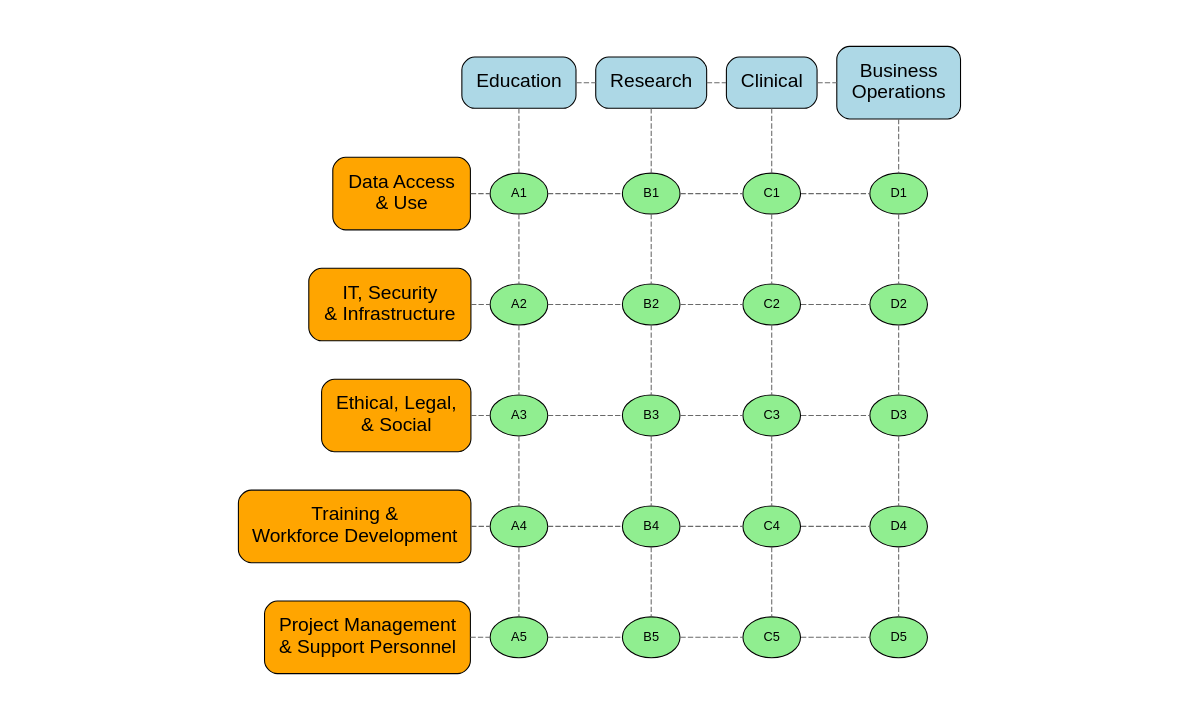
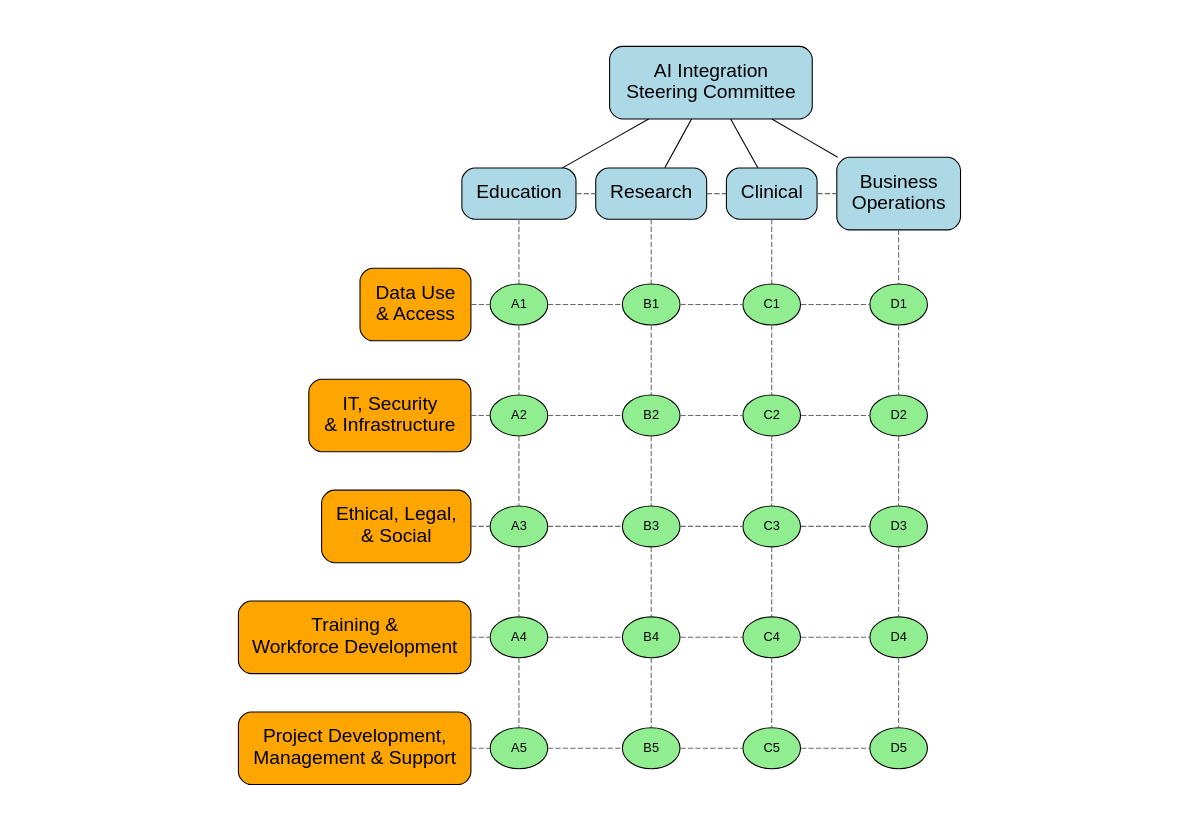
The diagram in framework.qmd (seandavi/campus-llm-kb), drawn with Graphviz before and after one commit. The commit also changed other lines of this file and 8 other files, not shown here.

````diff
--- a/framework.qmd
+++ b/framework.qmd
@@ -22,52 +27,58 @@
 ```{dot}
 //| label: fig-framework
 //| fig-cap: "A schematic framework for organizing workstreams (orange boxes), domains (blue boxes), and work products and tasks (green ovals). Domains (vertical dimension) capture semi-independent organizations, each with largely independent use cases, budgets and business plans, priorities, and leadership. The workstreams (horizontal dimension) will often require similar or overlapping expertise, and can serve as knowledge resources to provide synergy and uniformity in implementation across domains."
 
 graph
 {
    pad="3.0,0.5"
 	fontname="Helvetica,Arial,sans-serif"
 	node [fontname="Helvetica,Arial,sans-serif"]
 	edge [fontname="Helvetica,Arial,sans-serif"]
 	layout=dot
 	labelloc = "t"
     node [shape=box, style="rounded,filled", fillcolor="lightblue", margin=0.2, fontsize=18]
+    AI[label="AI Integration\n Steering Committee"]
     ED[label="Education", group=1]
     RE[label="Research"]
     CL[label="Clinical"]
     BU[label="Business\nOperations"]
 
+    AI -- ED
+    AI -- RE
+    AI -- CL
+    AI -- BU
+
     node [fillcolor="orange"]
-    DA[label="Data Access\n& Use"]
+    DA[label="Data Use\n& Access"]
     IT[label="IT, Security\n& Infrastructure"]
     ELSI[label="Ethical, Legal,\n& Social"]
     WD[label="Training &\nWorkforce Development"]
-    OWN[label="Project Management\n& Support Personnel"]
+    OWN[label="Project Development,\nManagement & Support"]
 
     node [shape=oval, margin=0.1, style=filled, fillcolor="lightgreen", fontsize=12]
     ED, A1, A2, A3, A4, A5 [ group=1]
     RE, B1, B2, B3, B4, B5 [ group=2]
     CL, C1, C2, C3, C4, C5 [ group=3]
     BU, D1, D2, D3, D4, D5 [ group=4]
     
     
 
 	edge [weight=1000 style=dashed color=dimgrey]
 
 	// uncomment to hide the grid
 	//edge [style=invis]
     node [shape=oval]
         ED -- A1 -- A2 -- A3 -- A4 -- A5
 	    RE -- B1 -- B2 -- B3 -- B4 -- B5
 	CL -- C1 -- C2 -- C3 -- C4 -- C5
 	BU -- D1 -- D2 -- D3 -- D4 -- D5
 
 	rank=same {ED -- RE -- CL -- BU}
 	rank=same {DA -- A1 -- B1 -- C1 -- D1 }
 	rank=same {IT -- A2 -- B2 -- C2 -- D2 }
 	rank=same {ELSI -- A3 -- B3 -- C3 -- D3 }
 	rank=same {WD -- A4 -- B4 -- C4 -- D4 }
 	rank=same {OWN -- A5 -- B5 -- C5 -- D5 }
 	
 }
 ```
````
